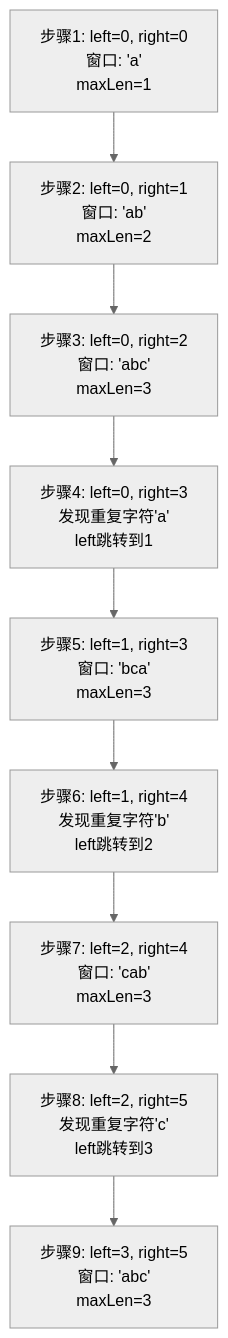
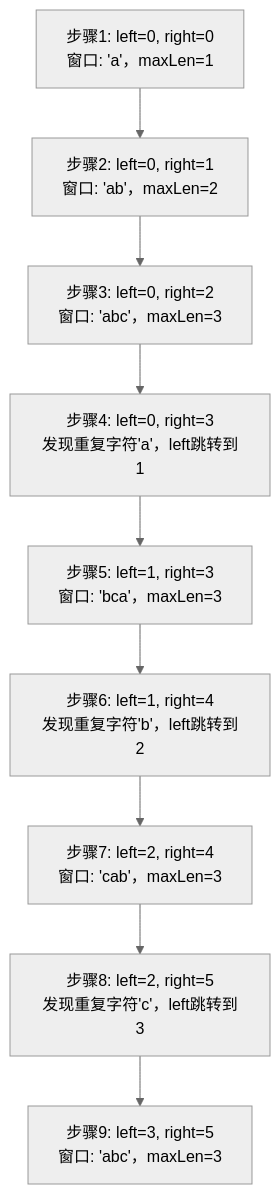
The second of 2 diagrams in 01.笔记/03.其他/03.滑动窗口算法详解.md (he5050/book), drawn with Mermaid (neutral theme) before and after one commit. The commit also changed 3 other files, not shown here.

First line of the commit message:
chore(config): 集成 Mermaid 插件并更新配置

````diff
--- a/01.笔记/03.其他/03.滑动窗口算法详解.md
+++ b/01.笔记/03.其他/03.滑动窗口算法详解.md
@@ -133,11 +133,11 @@
 ```mermaid
 graph TD
-    A["步骤1: left=0, right=0<br/>窗口: 'a'<br/>maxLen=1"] --> B["步骤2: left=0, right=1<br/>窗口: 'ab'<br/>maxLen=2"]
-    B --> C["步骤3: left=0, right=2<br/>窗口: 'abc'<br/>maxLen=3"]
-    C --> D["步骤4: left=0, right=3<br/>发现重复字符'a'<br/>left跳转到1"]
-    D --> E["步骤5: left=1, right=3<br/>窗口: 'bca'<br/>maxLen=3"]
-    E --> F["步骤6: left=1, right=4<br/>发现重复字符'b'<br/>left跳转到2"]
-    F --> G["步骤7: left=2, right=4<br/>窗口: 'cab'<br/>maxLen=3"]
-    G --> H["步骤8: left=2, right=5<br/>发现重复字符'c'<br/>left跳转到3"]
-    H --> I["步骤9: left=3, right=5<br/>窗口: 'abc'<br/>maxLen=3"]
+    A["步骤1: left=0, right=0<br/>窗口: 'a'，maxLen=1"] --> B["步骤2: left=0, right=1<br/>窗口: 'ab'，maxLen=2"]
+    B --> C["步骤3: left=0, right=2<br/>窗口: 'abc'，maxLen=3"]
+    C --> D["步骤4: left=0, right=3<br/>发现重复字符'a'，left跳转到1"]
+    D --> E["步骤5: left=1, right=3<br/>窗口: 'bca'，maxLen=3"]
+    E --> F["步骤6: left=1, right=4<br/>发现重复字符'b'，left跳转到2"]
+    F --> G["步骤7: left=2, right=4<br/>窗口: 'cab'，maxLen=3"]
+    G --> H["步骤8: left=2, right=5<br/>发现重复字符'c'，left跳转到3"]
+    H --> I["步骤9: left=3, right=5<br/>窗口: 'abc'，maxLen=3"]
 ```
````
